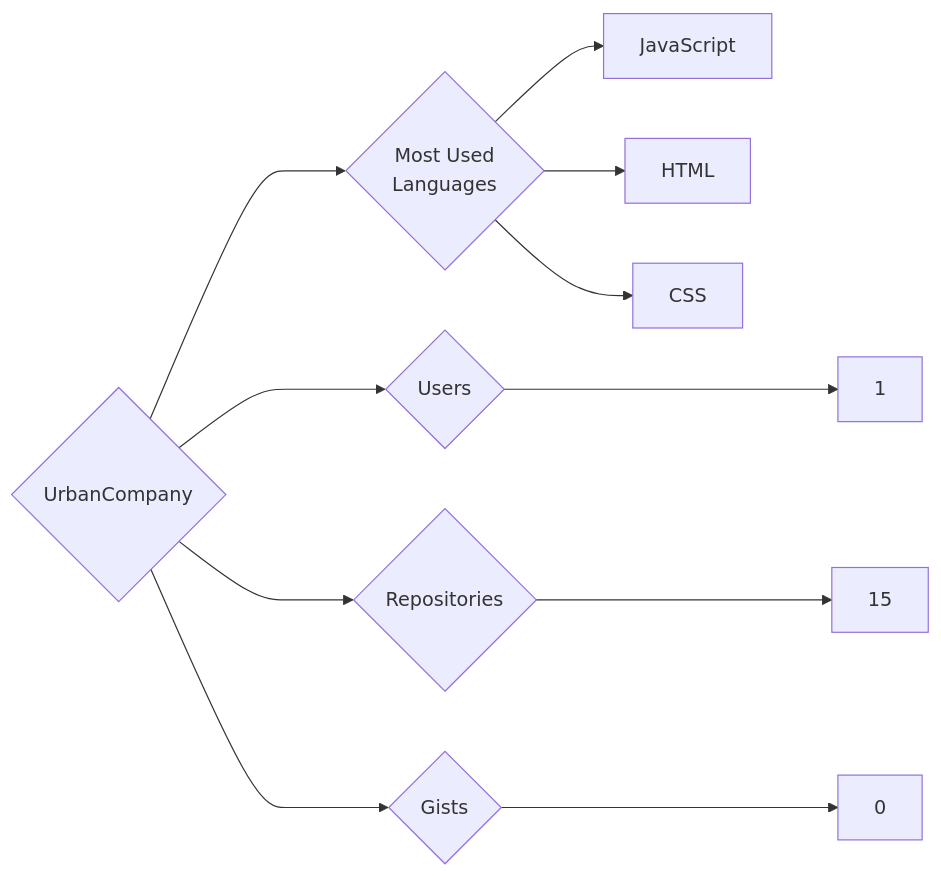
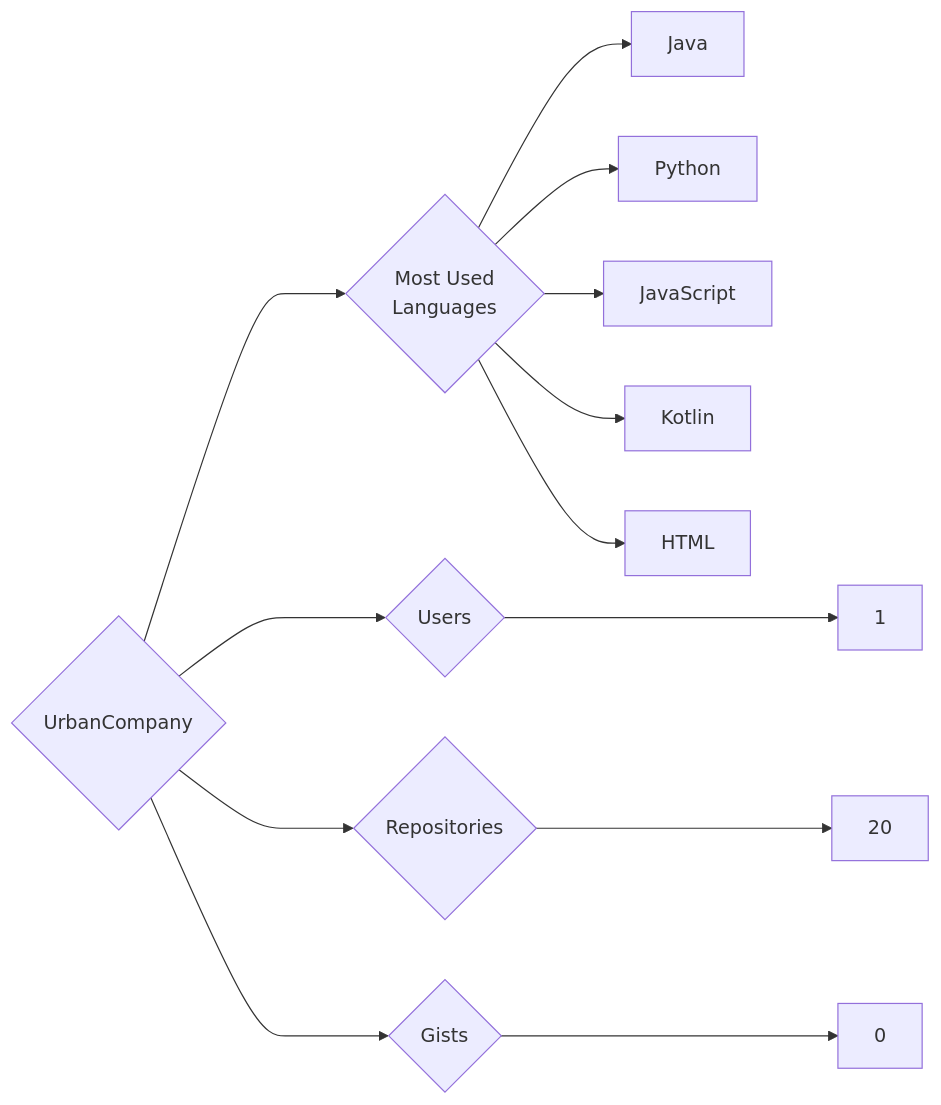
Before and after one commit to trickest/insiders: the diagram in targets/UrbanCompany/README.md, drawn with Mermaid. The commit also changed 799 other files, not shown here.

````diff
--- a/targets/UrbanCompany/README.md
+++ b/targets/UrbanCompany/README.md
@@ -3,11 +3,13 @@
 ```mermaid
 graph LR
 COMPANY_NAME{UrbanCompany}
 COMPANY_NAME ---> U{Users} ---> UN[1]
-COMPANY_NAME ---> R{Repositories} ---> RN[15]
+COMPANY_NAME ---> R{Repositories} ---> RN[20]
 COMPANY_NAME ---> G{Gists} ---> GN[0]
 COMPANY_NAME ---> ML{Most Used<br>Languages}
+ML --> Java[Java]
+ML --> Python[Python]
 ML --> JavaScript[JavaScript]
+ML --> Kotlin[Kotlin]
 ML --> HTML[HTML]
-ML --> CSS[CSS]
 ```
````
